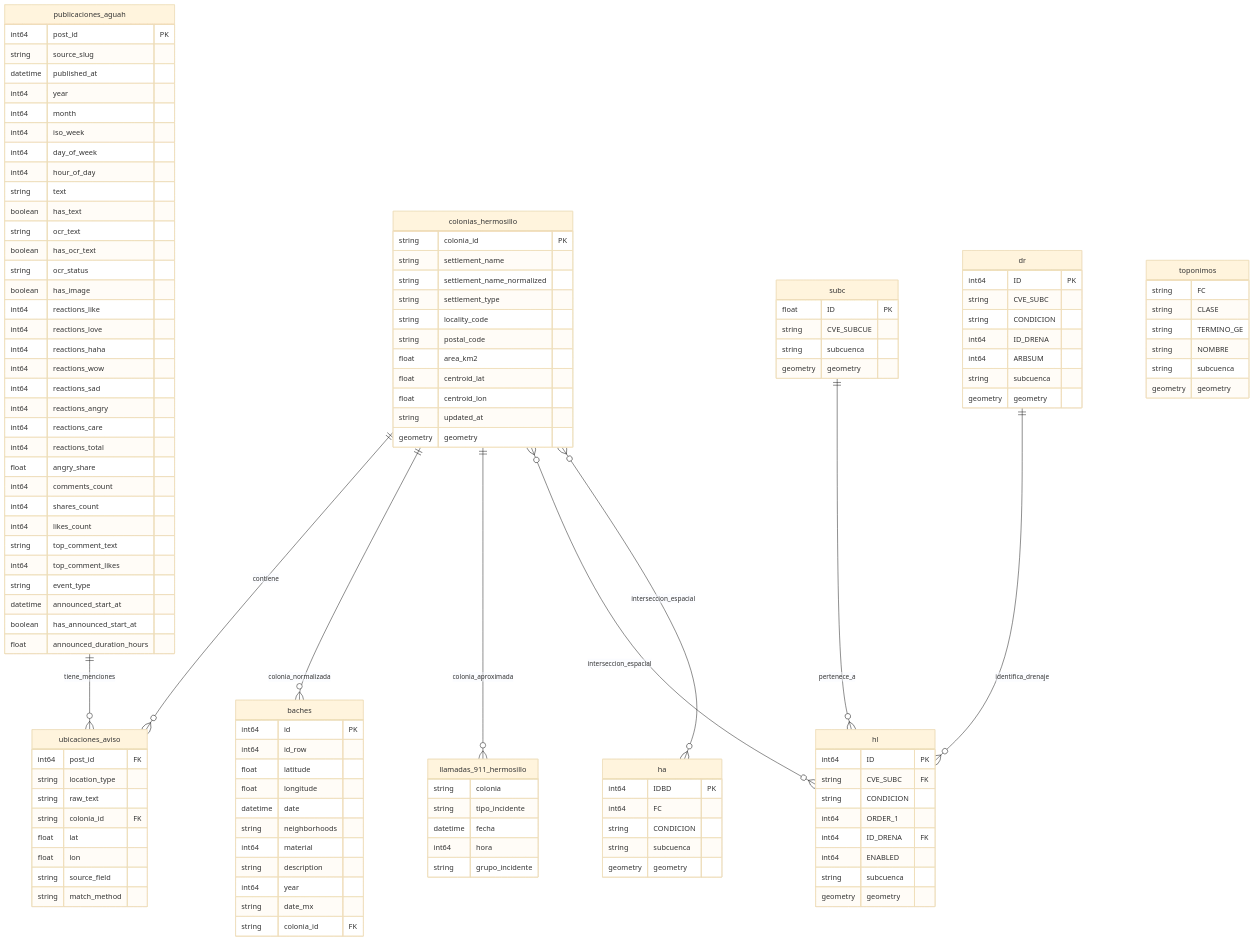
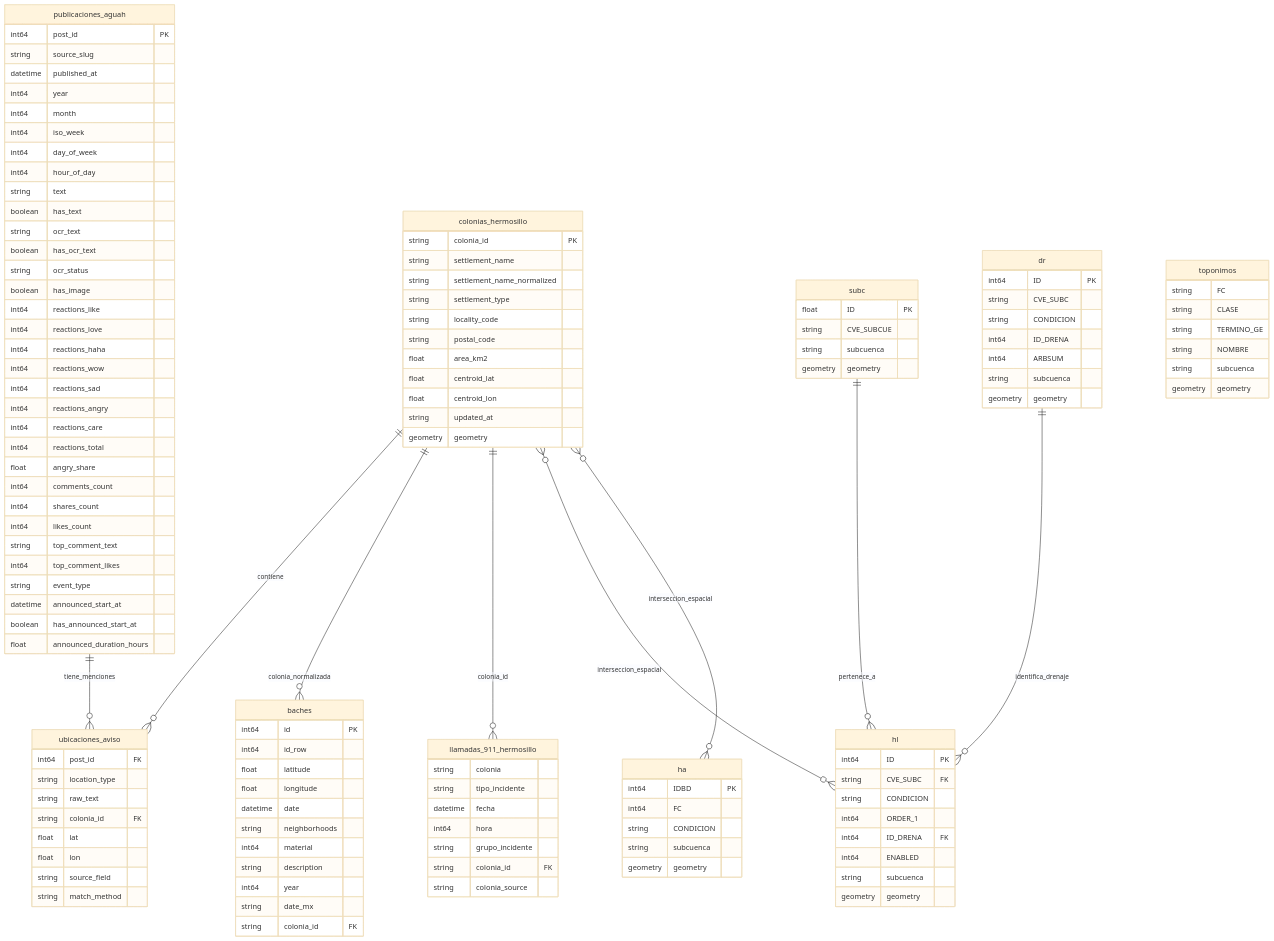
The diagram in references/esquema_datos.md (Mcd-2026-2-IngC-Team/proyecto-ingenieria-de-caracteristicas), drawn with Mermaid (base theme) before and after one commit. The commit also changed other lines of this file and 9 other files, not shown here.

```diff
--- a/references/esquema_datos.md
+++ b/references/esquema_datos.md
@@ -13,7 +13,7 @@
     publicaciones_aguah ||--o{ ubicaciones_aviso : tiene_menciones
     colonias_hermosillo ||--o{ ubicaciones_aviso : contiene
     colonias_hermosillo ||--o{ baches : colonia_normalizada
-    colonias_hermosillo ||--o{ llamadas_911_hermosillo : colonia_aproximada
+    colonias_hermosillo ||--o{ llamadas_911_hermosillo : colonia_id
     subc ||--o{ hl : pertenece_a
     dr ||--o{ hl : identifica_drenaje
     colonias_hermosillo }o--o{ hl : interseccion_espacial
@@ -99,6 +99,8 @@
         datetime fecha
         int64 hora
         string grupo_incidente
+        string colonia_id FK
+        string colonia_source
     }
 
     subc {
```
